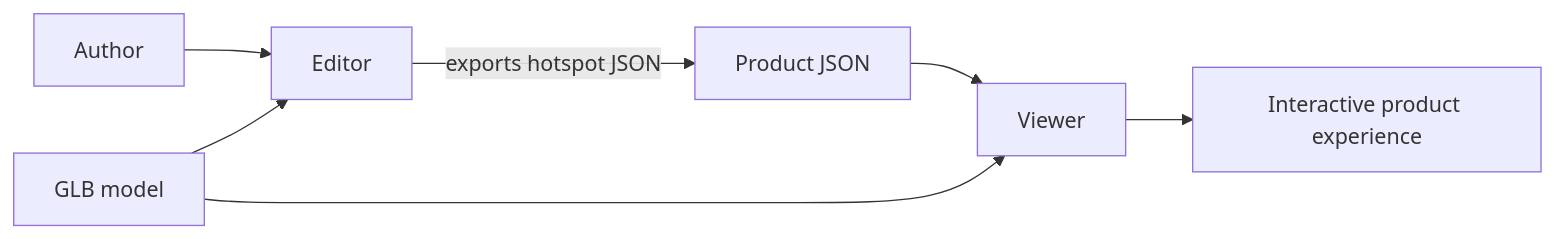
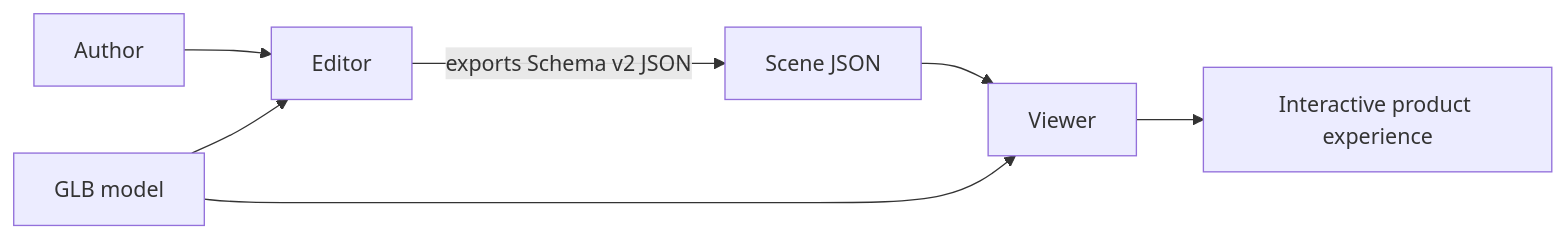
One commit to rinku31/3D-App-Viewer changed the first of 2 diagrams in docs/Architecture.md. Above: the diagram before and after it, drawn with Mermaid. The commit also changed other lines of this file and 38 other files, not shown here.

````diff
--- a/docs/Architecture.md
+++ b/docs/Architecture.md
@@ -7,9 +7,9 @@
 ```mermaid
 flowchart LR
   Author[Author] --> Editor[Editor]
-  Editor -->|exports hotspot JSON| ProductJSON[Product JSON]
+  Editor -->|exports Schema v2 JSON| ProductJSON[Scene JSON]
   Model[GLB model] --> Editor
   Model --> Viewer[Viewer]
   ProductJSON --> Viewer
   Viewer --> Experience[Interactive product experience]
 ```
````
